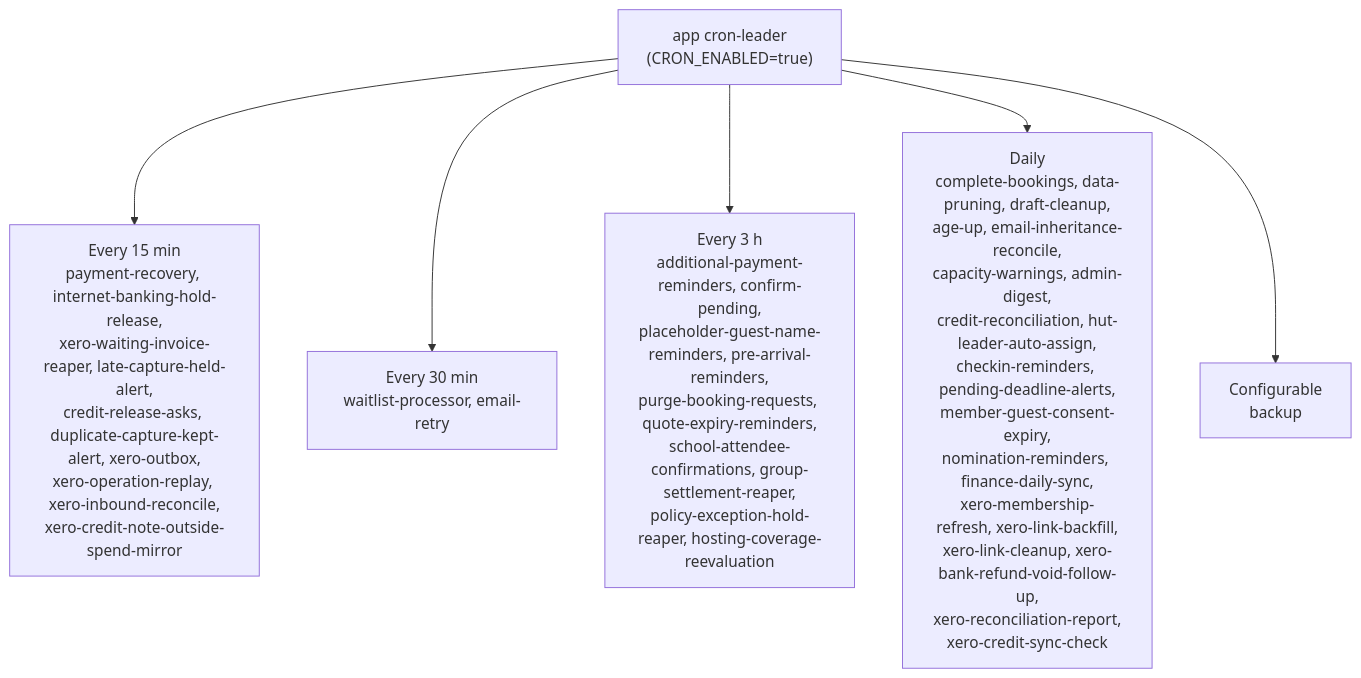
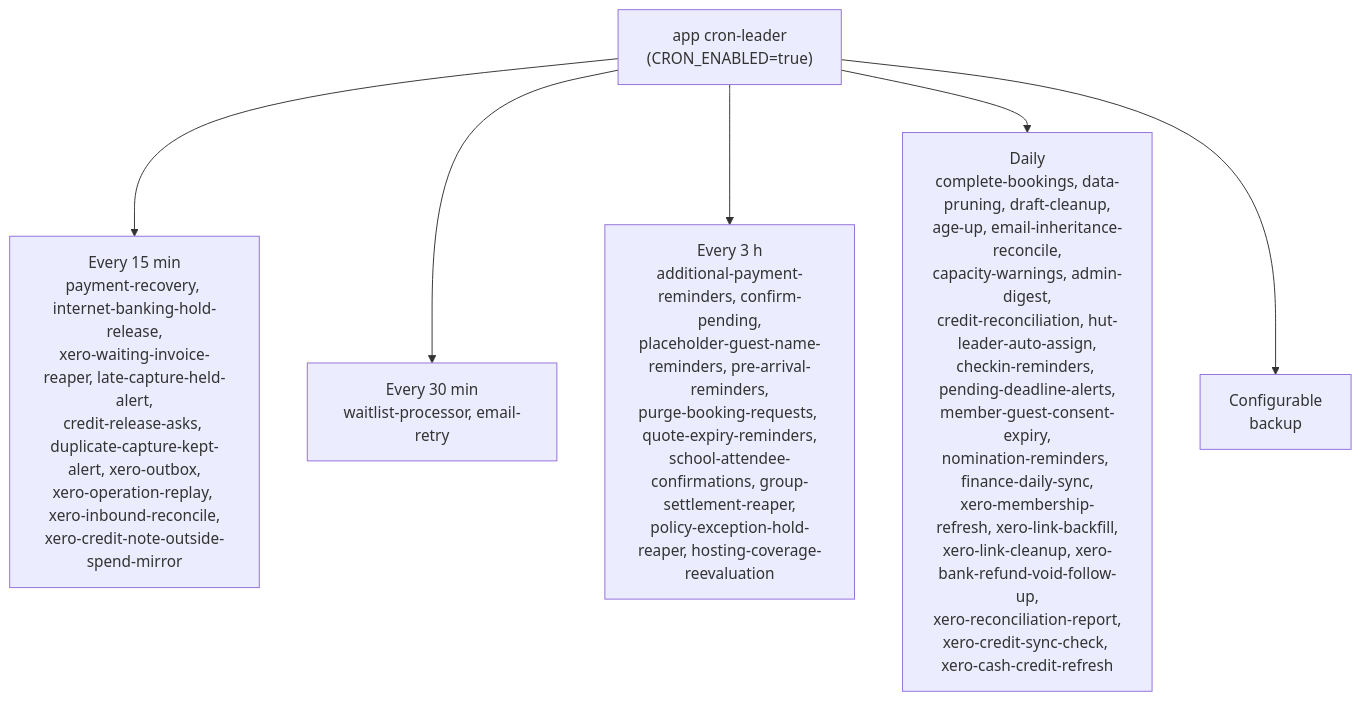
One commit to thatskiff33/AlpineClubBookingsNZ changed the fifth of 5 diagrams in docs/ARCHITECTURE.md. Above: the diagram before and after it, drawn with Mermaid. The commit also changed other lines of this file and 6 other files, not shown here.

First line of the commit message:
Run the overpayment and prepayment refresh daily in the credit-sync slot (#5204)

````diff
--- a/docs/ARCHITECTURE.md
+++ b/docs/ARCHITECTURE.md
@@ -3621,9 +3621,9 @@
 ```mermaid
 flowchart TD
     Leader["app cron-leader<br/>(CRON_ENABLED=true)"]
     Leader --> Q15["Every 15 min<br/>payment-recovery, internet-banking-hold-release,<br/>xero-waiting-invoice-reaper, late-capture-held-alert,<br/>credit-release-asks, duplicate-capture-kept-alert, xero-outbox,<br/>xero-operation-replay, xero-inbound-reconcile,<br/>xero-credit-note-outside-spend-mirror"]
     Leader --> Q30["Every 30 min<br/>waitlist-processor, email-retry"]
     Leader --> Q3h["Every 3 h<br/>additional-payment-reminders, confirm-pending,<br/>placeholder-guest-name-reminders, pre-arrival-reminders,<br/>purge-booking-requests, quote-expiry-reminders,<br/>school-attendee-confirmations, group-settlement-reaper,<br/>policy-exception-hold-reaper, hosting-coverage-reevaluation"]
-    Leader --> Daily["Daily<br/>complete-bookings, data-pruning, draft-cleanup,<br/>age-up, email-inheritance-reconcile,<br/>capacity-warnings, admin-digest,<br/>credit-reconciliation, hut-leader-auto-assign,<br/>checkin-reminders, pending-deadline-alerts,<br/>member-guest-consent-expiry,<br/>nomination-reminders, finance-daily-sync,<br/>xero-membership-refresh, xero-link-backfill,<br/>xero-link-cleanup, xero-bank-refund-void-follow-up,<br/>xero-reconciliation-report,<br/>xero-credit-sync-check"]
+    Leader --> Daily["Daily<br/>complete-bookings, data-pruning, draft-cleanup,<br/>age-up, email-inheritance-reconcile,<br/>capacity-warnings, admin-digest,<br/>credit-reconciliation, hut-leader-auto-assign,<br/>checkin-reminders, pending-deadline-alerts,<br/>member-guest-consent-expiry,<br/>nomination-reminders, finance-daily-sync,<br/>xero-membership-refresh, xero-link-backfill,<br/>xero-link-cleanup, xero-bank-refund-void-follow-up,<br/>xero-reconciliation-report,<br/>xero-credit-sync-check, xero-cash-credit-refresh"]
     Leader --> Cfg["Configurable<br/>backup"]
 ```
````
